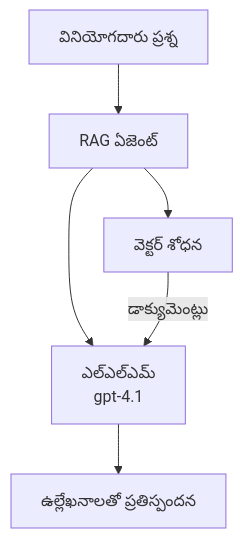
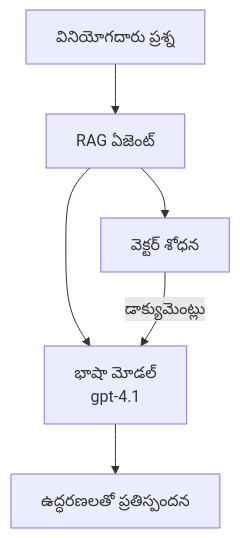
Before and after one commit to microsoft/AZD-for-beginners: the second of 3 diagrams in translations/te/docs/chapter-02-ai-development/agents.md, drawn with Mermaid. The commit also changed other lines of this file and 104 other files, not shown here.

````diff
--- a/translations/te/docs/chapter-02-ai-development/agents.md
+++ b/translations/te/docs/chapter-02-ai-development/agents.md
@@ -175,8 +181,8 @@
 ```mermaid
 graph TD
     Query[వినియోగదారు ప్రశ్న] --> RAG[RAG ఏజెంట్]
     RAG --> Vector[వెక్టర్ శోధన]
-    RAG --> LLM[ఎల్‌ఎల్‌ఎమ్<br/>gpt-4.1]
+    RAG --> LLM[భాషా మోడల్<br/>gpt-4.1]
     Vector -- డాక్యుమెంట్లు --> LLM
-    LLM --> Response[ఉల్లేఖనాలతో ప్రతిస్పందన]
+    LLM --> Response[ఉద్ధరణలతో ప్రతిస్పందన]
 ```
````
